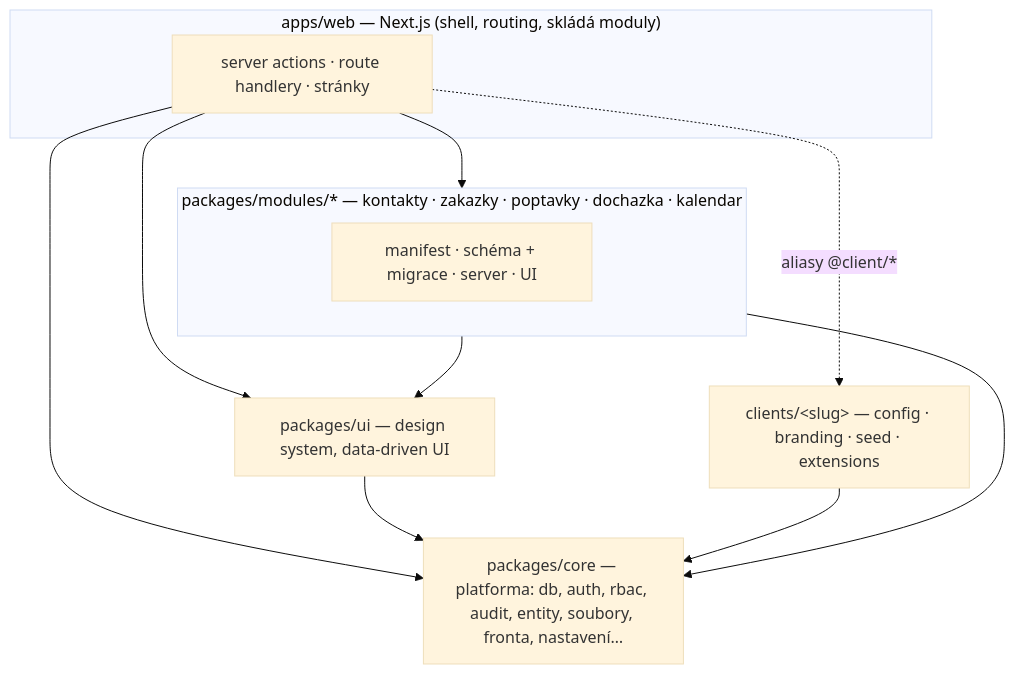
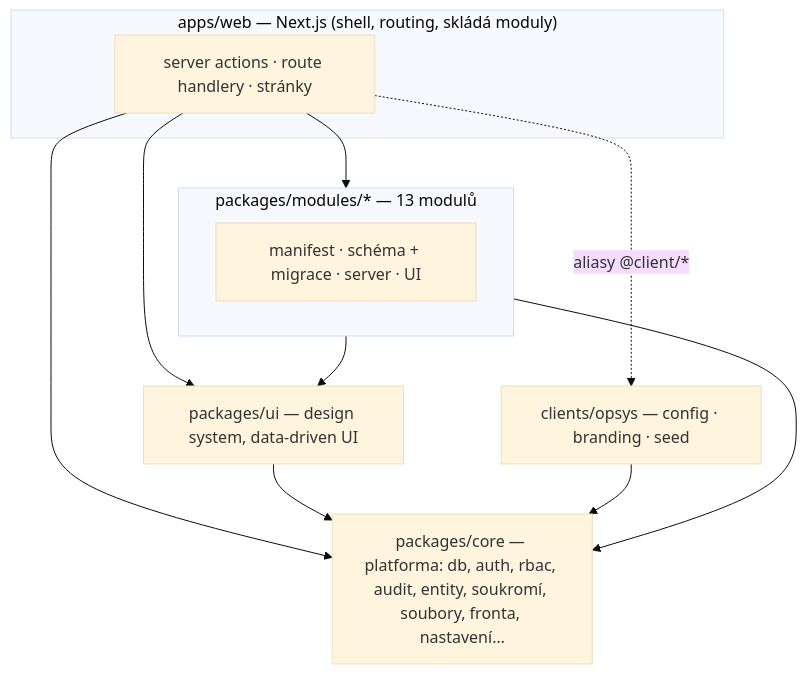
Before and after one commit to ondrejis/interni-system-opdigital: the first of 3 diagrams in docs/ARCHITECTURE.md, drawn with Mermaid (base theme). The commit also changed other lines of this file and 551 other files, not shown here.

Commit message:
feat: integrace OPSYS — sdílené soubory, dokumentace, QA soukromí, SEED, MOB (INT, QA-SEC)

````diff
--- a/docs/ARCHITECTURE.md
+++ b/docs/ARCHITECTURE.md
@@ -18,20 +21,20 @@
 ```mermaid
 flowchart TB
   subgraph app["apps/web — Next.js (shell, routing, skládá moduly)"]
     web["server actions · route handlery · stránky"]
   end
-  subgraph mods["packages/modules/* — kontakty · zakazky · poptavky · dochazka · kalendar"]
+  subgraph mods["packages/modules/* — 13 modulů"]
     m["manifest · schéma + migrace · server · UI"]
   end
   ui["packages/ui — design system, data-driven UI"]
-  core["packages/core — platforma: db, auth, rbac, audit, entity, soubory, fronta, nastavení…"]
-  cl["clients/&lt;slug&gt; — config · branding · seed · extensions"]
+  core["packages/core — platforma: db, auth, rbac, audit, entity, soukromí, soubory, fronta, nastavení…"]
+  cl["clients/opsys — config · branding · seed"]
   web --> mods
   web --> ui
   web --> core
   web -. "aliasy @client/*" .-> cl
   mods --> ui
   mods --> core
   ui --> core
   cl --> core
 ```
````
